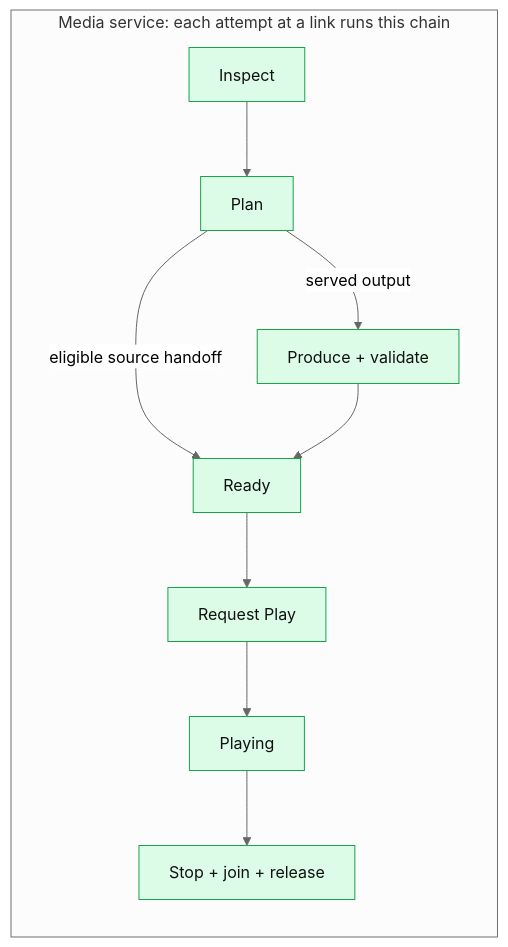
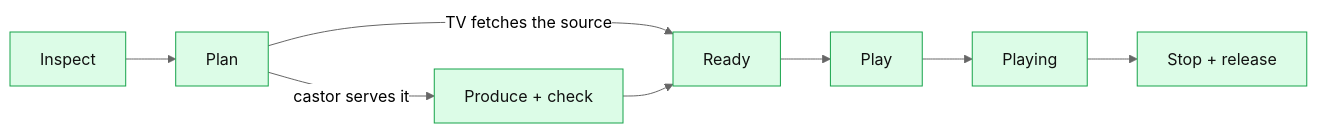
Before and after one commit to stupside/castor: the third of 4 diagrams in ARCHITECTURE.md, drawn with Mermaid (neutral theme). The commit also changed other lines of this file, not shown here.

Commit message:
docs(architecture): update the architecture documentation

````diff
--- a/ARCHITECTURE.md
+++ b/ARCHITECTURE.md
@@ -86,12 +68,10 @@
 ```mermaid
 flowchart LR
-    subgraph mediaS["Media service: each attempt at a link runs this chain"]
-        inspect[Inspect] --> plan[Plan]
-        plan -- served output --> produce[Produce + validate]
-        plan -- eligible source handoff --> ready[Ready]
-        produce --> ready
-        ready --> play[Request Play] --> playing[Playing] --> cleanup[Stop + join + release]
-    end
+    inspect[Inspect] --> plan[Plan]
+    plan -- castor serves it --> produce[Produce + check]
+    plan -- TV fetches the source --> ready[Ready]
+    produce --> ready
+    ready --> play[Play] --> playing[Playing] --> cleanup[Stop + release]
     classDef mediaNode fill:#dcfce7,stroke:#16a34a,color:#111
     class inspect,plan,produce,ready,play,playing,cleanup mediaNode
 ```
````
